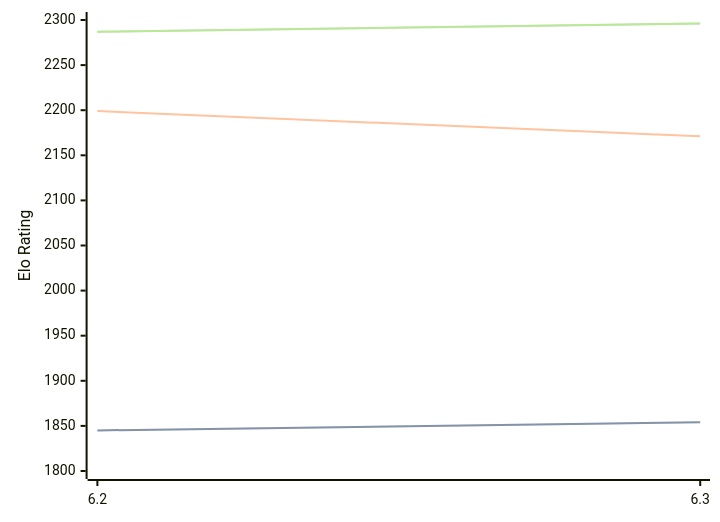
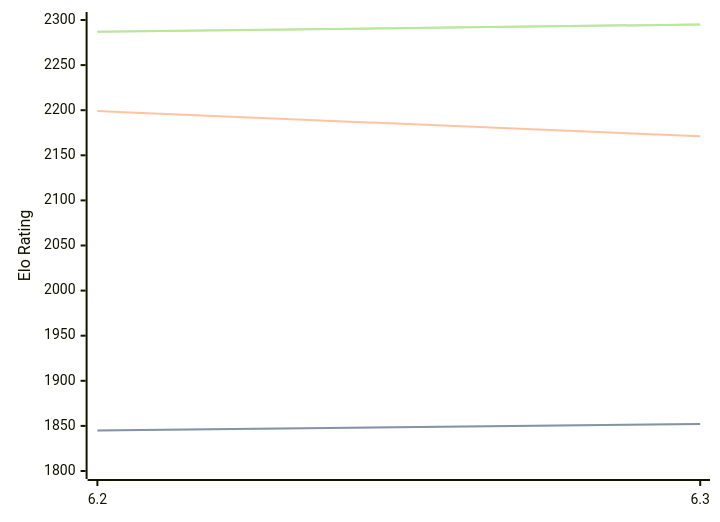
One commit to computer-chess-index/cci changed the diagram in engines/chess4j.md. Above: the diagram before and after it, drawn with Mermaid. The commit also changed other lines of this file, not shown here.

Commit message:
Update CCI Ratings (ELO VLTC) - 2026-08-02

````diff
--- a/engines/chess4j.md
+++ b/engines/chess4j.md
@@ -38,11 +38,11 @@
 ```mermaid
 %%{init: {"theme":"base","themeVariables":{"seriesColors:['#a3a3a3','#222221','#faa371']}}}%%
 xychart-beta
   x-axis ["6.2", "6.3"]
   y-axis "Elo Rating" 1800 --> 2300
-  line "STC (8.0+0.08s)" [1845, 1854]
-  line "STC (8.0+0.08s)" [1845, 1854]
+  line "STC (8.0+0.08s)" [1845, 1852]
+  line "STC (8.0+0.08s)" [1845, 1852]
   line "LTC (60.0+0.60s)" [2199, 2171]
-  line "VLTC (2m24s+1.12s)" [2287, 2296]
-  line "VLTC (2m24s+1.12s)" [2287, 2296]
+  line "VLTC (2m24s+1.12s)" [2287, 2295]
+  line "VLTC (2m24s+1.12s)" [2287, 2295]
 ```
````
